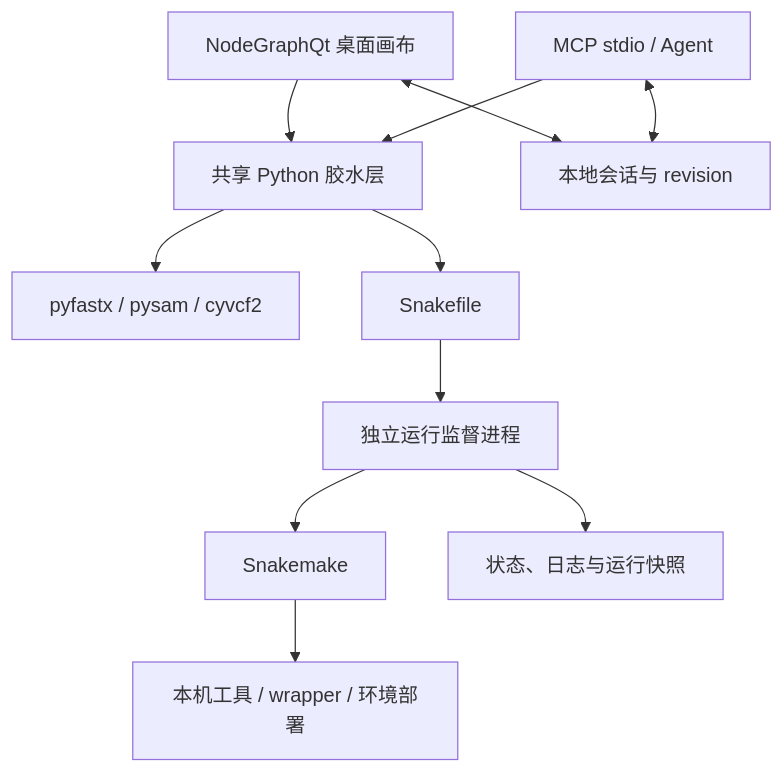
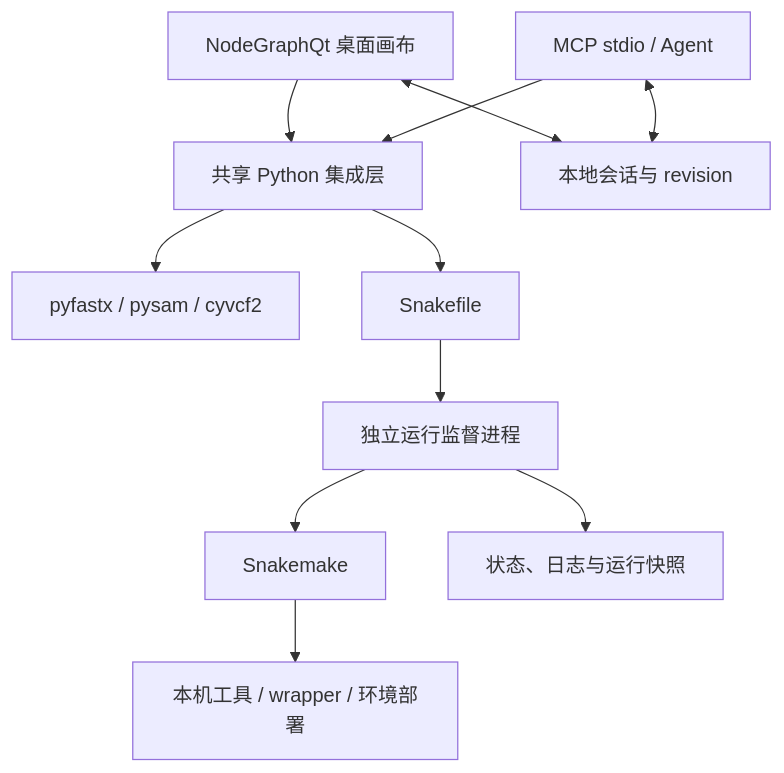
One commit to ArchitektSpeer/openbioworkstation changed the diagram in README.md. Above: the diagram before and after it, drawn with Mermaid. The commit also changed other lines of this file and 1 other file, not shown here.

````diff
--- a/README.md
+++ b/README.md
@@ -38,13 +40,13 @@
 ```mermaid
 flowchart TD
-    UI[NodeGraphQt 桌面画布] --> GLUE[共享 Python 胶水层]
+    UI[NodeGraphQt 桌面画布] --> GLUE[共享 Python 集成层]
     MCP[MCP stdio / Agent] --> GLUE
     UI <--> WS[本地会话与 revision]
     MCP <--> WS
     GLUE --> CHECK[pyfastx / pysam / cyvcf2]
     GLUE --> SF[Snakefile]
     SF --> RUN[独立运行监督进程]
     RUN --> SMK[Snakemake]
     SMK --> TOOLS[本机工具 / wrapper / 环境部署]
     RUN --> HISTORY[状态、日志与运行快照]
 ```
````
